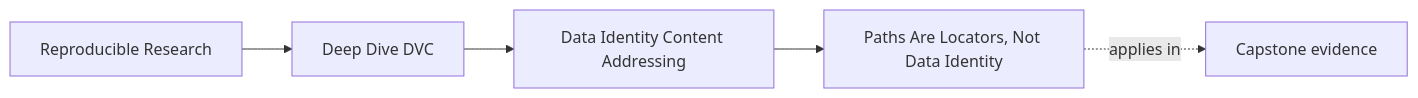
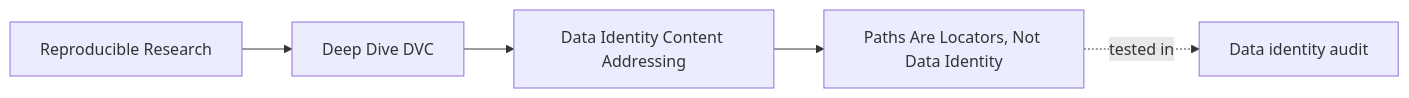
One commit to bijux/bijux-masterclass changed the first of 3 diagrams in programs/reproducible-research/deep-dive-dvc/course-book/module-02-data-identity-content-addressing/paths-are-locators-not-data-identity.md. Above: the diagram before and after it, drawn with Mermaid. The commit also changed other lines of this file, not shown here.

````diff
--- a/programs/reproducible-research/deep-dive-dvc/course-book/module-02-data-identity-content-addressing/paths-are-locators-not-data-identity.md
+++ b/programs/reproducible-research/deep-dive-dvc/course-book/module-02-data-identity-content-addressing/paths-are-locators-not-data-identity.md
@@ -7,11 +6,11 @@
 ```mermaid
 graph LR
   family["Reproducible Research"]
   program["Deep Dive DVC"]
   section["Data Identity Content Addressing"]
   page["Paths Are Locators, Not Data Identity"]
-  capstone["Capstone evidence"]
+  capstone["Data identity audit"]
 
   family --> program --> section --> page
-  page -.applies in.-> capstone
+  page -.tested in.-> capstone
 ```
````
